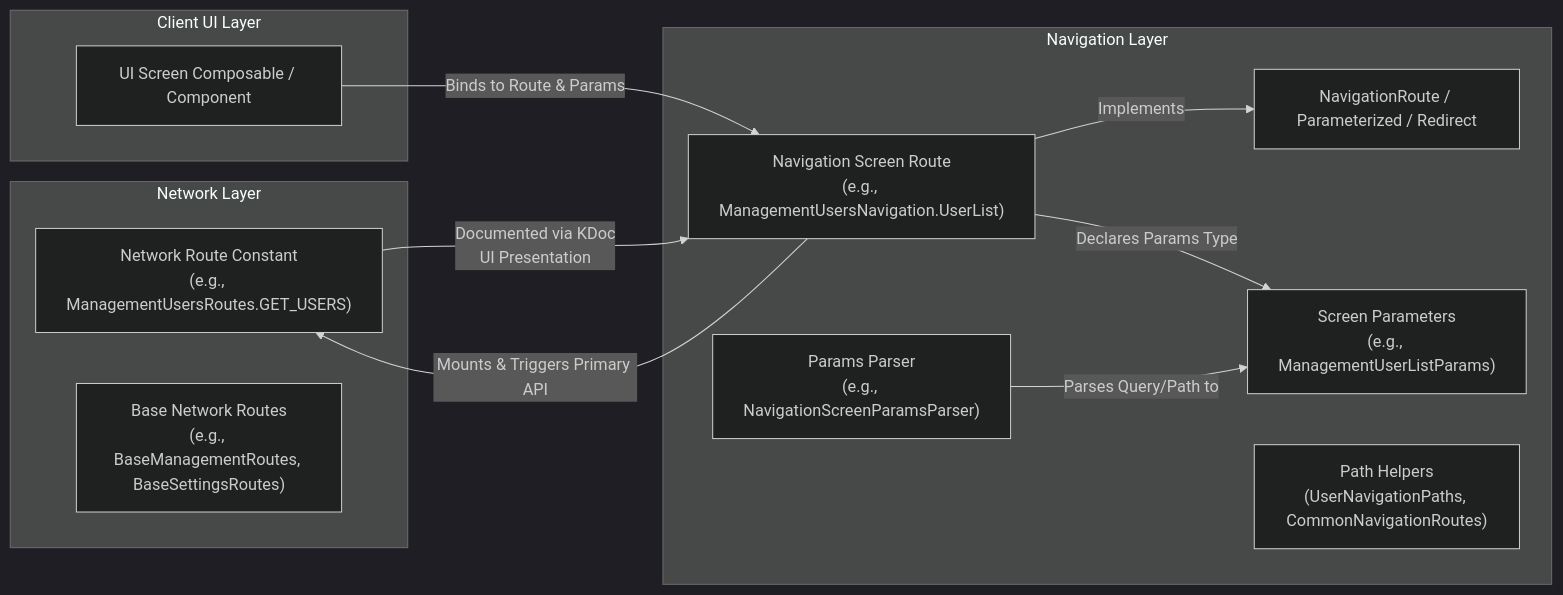
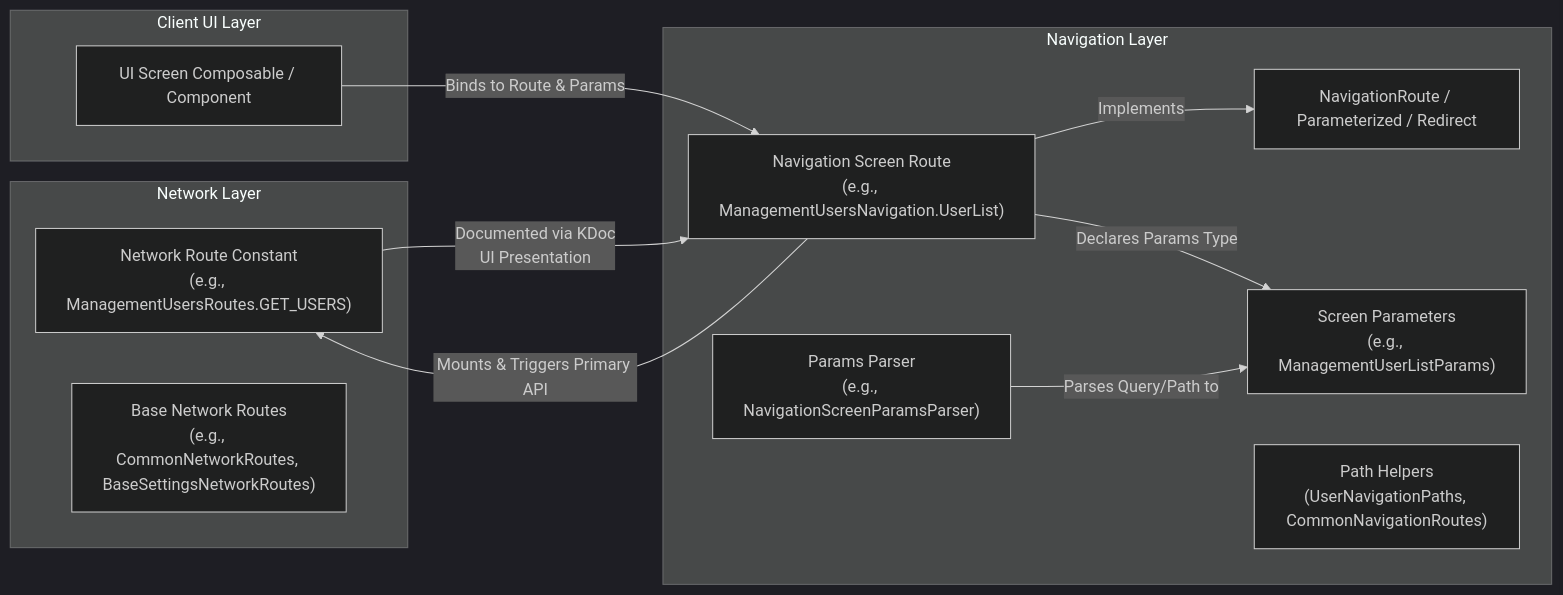
The fifth of 6 diagrams in ARCHITECTURE.md (mudrichenkoevgeny/shared-foundation), drawn with Mermaid (dark theme) before and after one commit. The commit also changed other lines of this file and 12 other files, not shown here.

Commit message:
docs: update architecture docs and optimize GitHub Actions

````diff
--- a/ARCHITECTURE.md
+++ b/ARCHITECTURE.md
@@ -223,26 +234,26 @@
 ```mermaid
 flowchart LR
     subgraph NetworkLayer ["Network Layer"]
         NetworkRoute["Network Route Constant\n(e.g., ManagementUsersRoutes.GET_USERS)"]
-        BaseNetworkRoute["Base Network Routes\n(e.g., BaseManagementRoutes, BaseSettingsRoutes)"]
+        BaseNetworkRoute["Base Network Routes\n(e.g., CommonNetworkRoutes, BaseSettingsNetworkRoutes)"]
     end
 
     subgraph NavigationLayer ["Navigation Layer"]
         NavigationRoute["NavigationRoute / Parameterized / Redirect"]
         ScreenRoute["Navigation Screen Route\n(e.g., ManagementUsersNavigation.UserList)"]
         ScreenParams["Screen Parameters\n(e.g., ManagementUserListParams)"]
         ScreenParser["Params Parser\n(e.g., NavigationScreenParamsParser)"]
         RoutePaths["Path Helpers\n(UserNavigationPaths, CommonNavigationRoutes)"]
     end
 
     subgraph UILayer ["Client UI Layer"]
         UIScreen["UI Screen Composable / Component"]
     end
 
     NetworkRoute -->|Documented via KDoc\nUI Presentation| ScreenRoute
     ScreenRoute -->|Implements| NavigationRoute
     ScreenRoute -->|Declares Params Type| ScreenParams
     ScreenParser -->|Parses Query/Path to| ScreenParams
     ScreenRoute -->|Mounts & Triggers Primary API| NetworkRoute
     UIScreen -->|Binds to Route & Params| ScreenRoute
 ```
````
